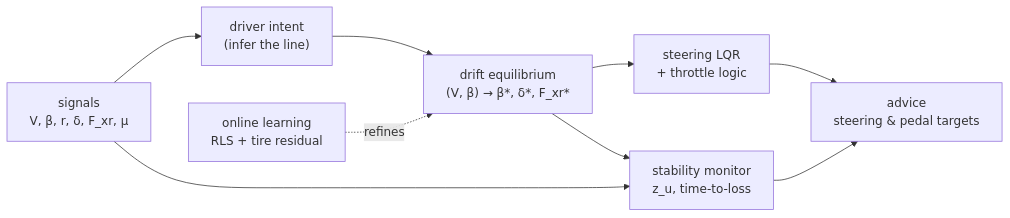
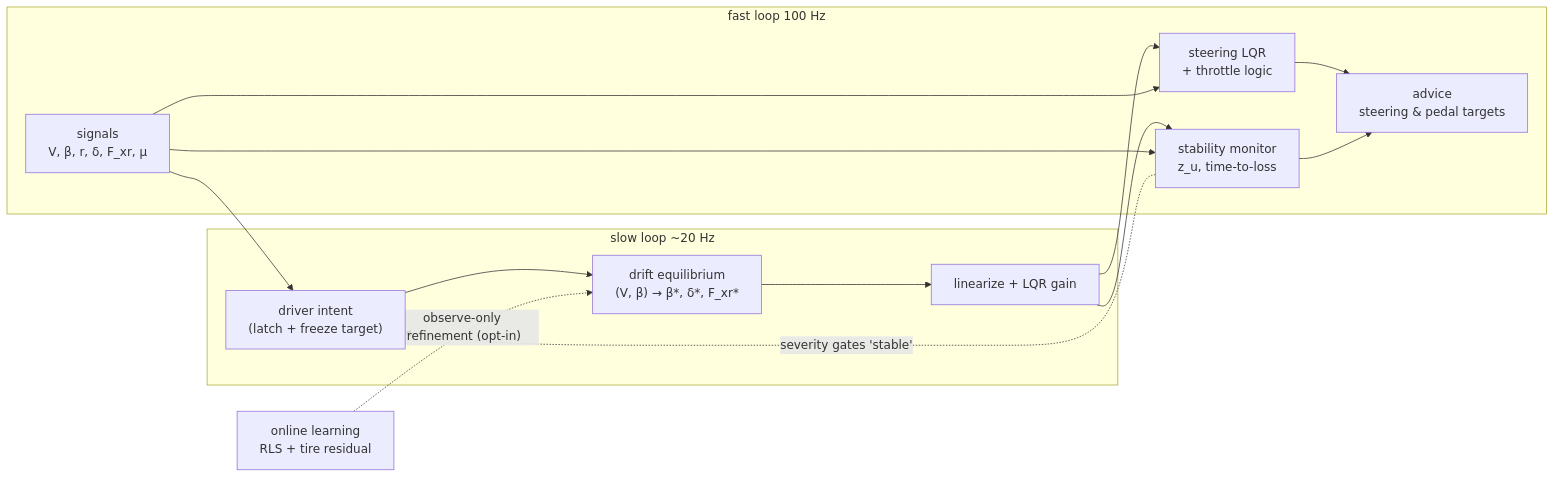
The diagram in README.md (vatsalparikh96/ideal-drift-calculator), drawn with Mermaid before and after one commit. The commit also changed other lines of this file and 17 other files, not shown here.

````diff
--- a/README.md
+++ b/README.md
@@ -122,11 +108,21 @@
 ```mermaid
 flowchart LR
-    S["signals<br/>V, β, r, δ, F_xr, μ"] --> I["driver intent<br/>(infer the line)"]
-    I --> E["drift equilibrium<br/>(V, β) → β*, δ*, F_xr*"]
-    E --> C["steering LQR<br/>+ throttle logic"]
-    C --> A["advice<br/>steering & pedal targets"]
-    E --> M["stability monitor<br/>z_u, time-to-loss"]
-    S --> M
-    M --> A
-    L["online learning<br/>RLS + tire residual"] -. refines .-> E
+    S["signals<br/>V, β, r, δ, F_xr, μ"] --> I["driver intent<br/>(latch + freeze target)"]
+
+    subgraph slow["slow loop ~20 Hz"]
+        I --> E["drift equilibrium<br/>(V, β) → β*, δ*, F_xr*"]
+        E --> K["linearize + LQR gain"]
+    end
+
+    subgraph fast["fast loop 100 Hz"]
+        K --> C["steering LQR<br/>+ throttle logic"]
+        C --> A["advice<br/>steering & pedal targets"]
+        K --> M["stability monitor<br/>z_u, time-to-loss"]
+        S --> M
+        S --> C
+        M --> A
+    end
+
+    M -. "severity gates 'stable'" .-> I
+    L["online learning<br/>RLS + tire residual"] -. "observe-only refinement (opt-in)" .-> E
 ```
````
